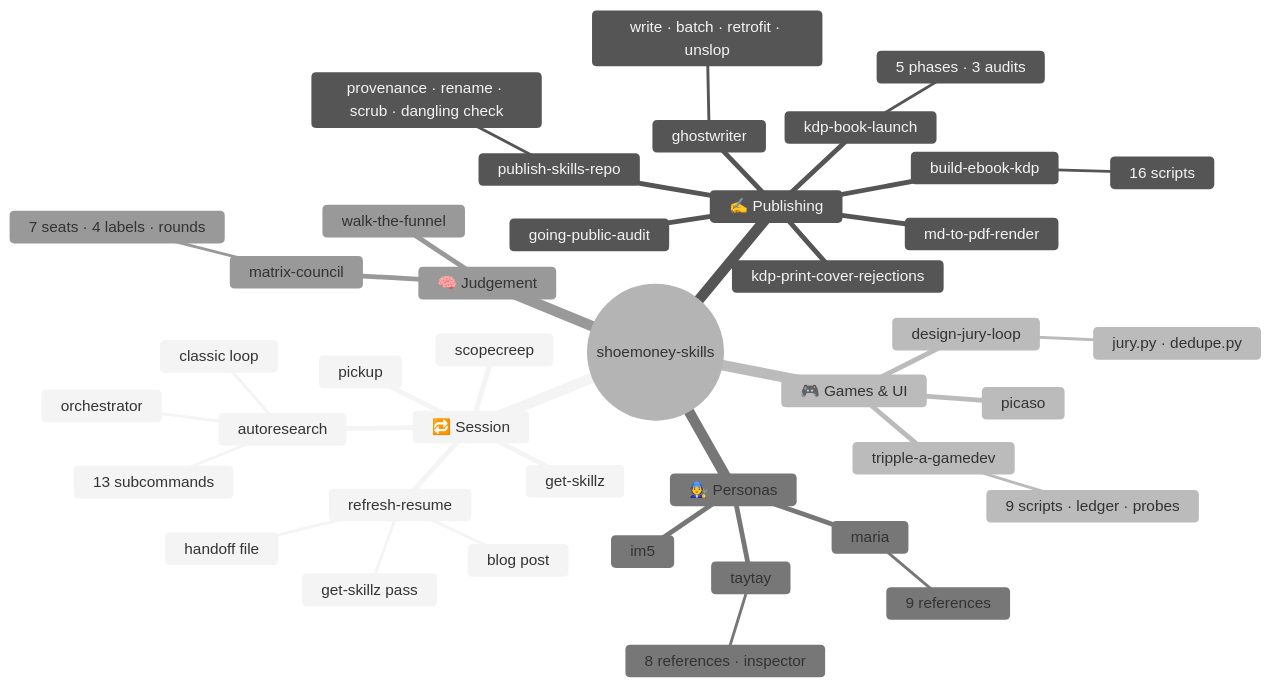
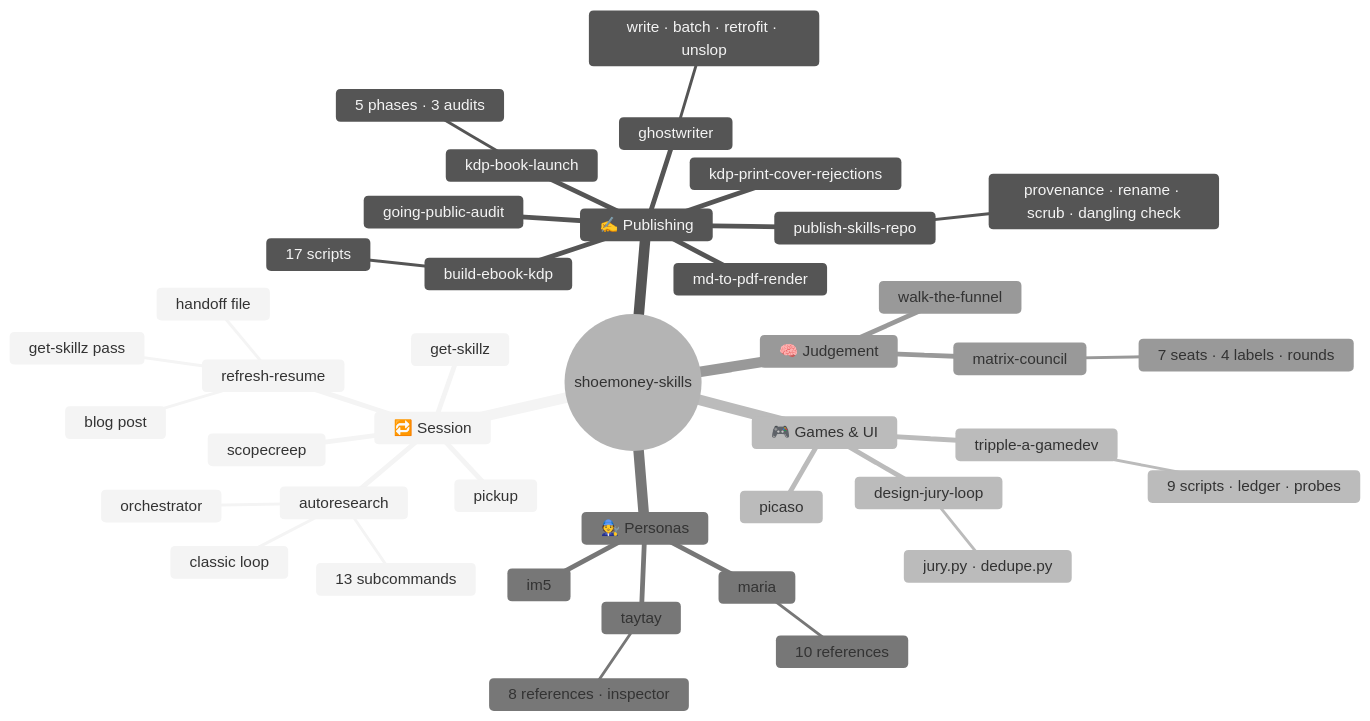
One commit to shoemoney/shoemoney-skills changed the second of 13 diagrams in README.md. Above: the diagram before and after it, drawn with Mermaid (neutral theme). The commit also changed other lines of this file, not shown here.

````diff
--- a/README.md
+++ b/README.md
@@ -146,44 +146,44 @@
 ```mermaid
 mindmap
   root((shoemoney-skills))
     🔁 Session
       refresh-resume
         get-skillz pass
         handoff file
         blog post
       pickup
       get-skillz
       scopecreep
       autoresearch
         classic loop
         orchestrator
         13 subcommands
     ✍️ Publishing
       ghostwriter
         write · batch · retrofit · unslop
       build-ebook-kdp
-        16 scripts
+        17 scripts
       kdp-book-launch
         5 phases · 3 audits
       kdp-print-cover-rejections
       md-to-pdf-render
       going-public-audit
       publish-skills-repo
         provenance · rename · scrub · dangling check
     🎮 Games & UI
       tripple-a-gamedev
         9 scripts · ledger · probes
       picaso
       design-jury-loop
         jury.py · dedupe.py
     🧑‍🔧 Personas
       maria
-        9 references
+        10 references
       taytay
         8 references · inspector
       im5
     🧠 Judgement
       matrix-council
         7 seats · 4 labels · rounds
       walk-the-funnel
 ```
````
